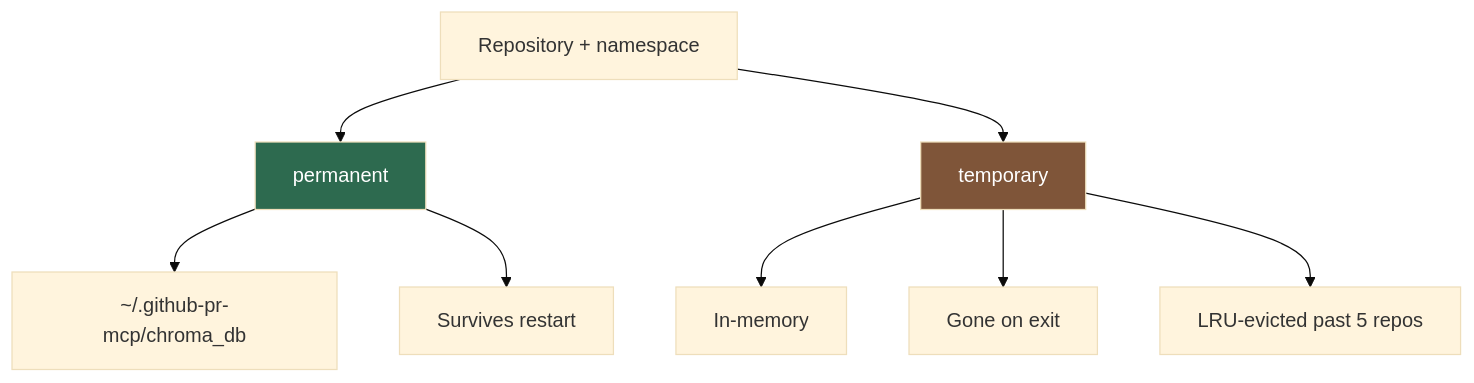
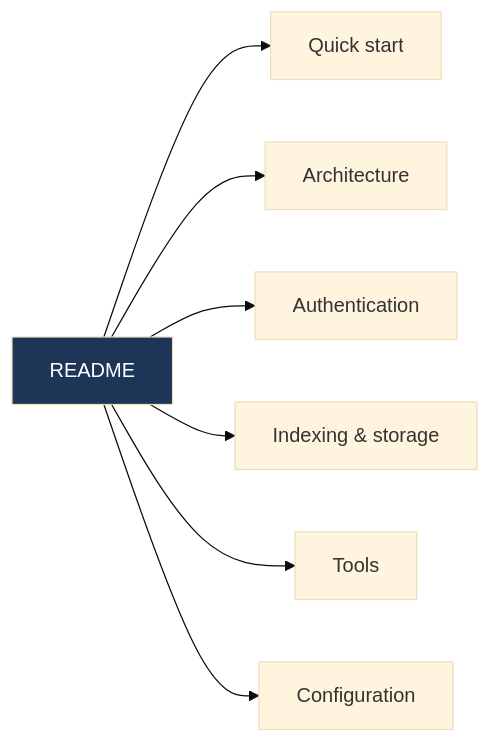
The second of 2 diagrams in README.md (paarths-collab/github-pr-context-mcp), drawn with Mermaid (base theme) before and after one commit. The commit also changed other lines of this file and 4 other files, not shown here.

````diff
--- a/README.md
+++ b/README.md
@@ -265,13 +79,11 @@
 ```mermaid
-flowchart TB
-    R["Repository + namespace"] --> P["permanent"]
-    R --> T["temporary"]
-    P --> P1["~/.github-pr-mcp/chroma_db"]
-    P --> P2["Survives restart"]
-    T --> T1["In-memory"]
-    T --> T2["Gone on exit"]
-    T --> T3["LRU-evicted past 5 repos"]
+flowchart LR
+    R["README"] --> Q["Quick start"]
+    R --> AR["Architecture"]
+    R --> AU["Authentication"]
+    R --> P["Indexing & storage"]
+    R --> T["Tools"]
+    R --> C["Configuration"]
 
-    style P fill:#2d6a4f,color:#fff
-    style T fill:#7f5539,color:#fff
+    style R fill:#1d3557,color:#fff
 ```
````
